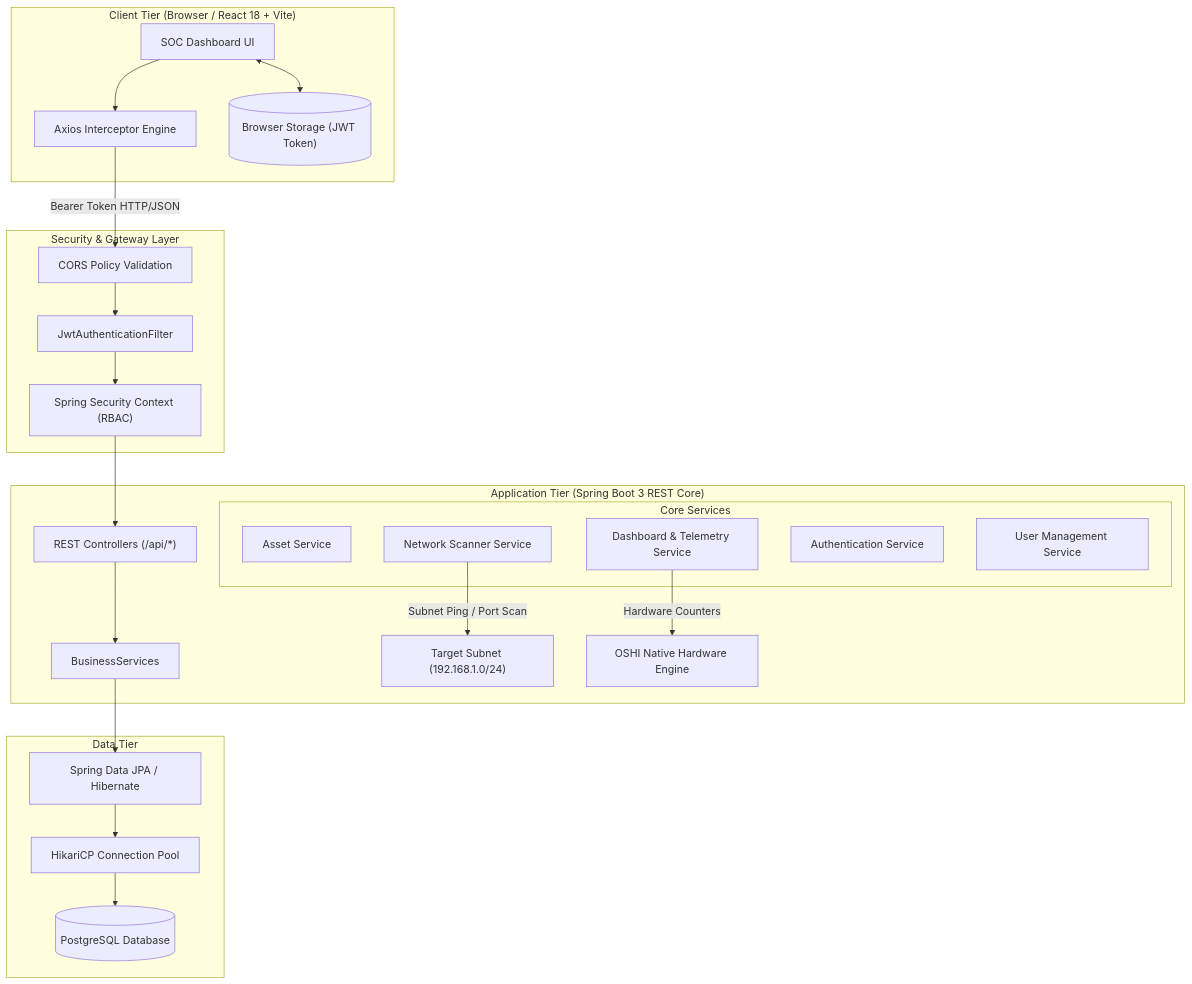
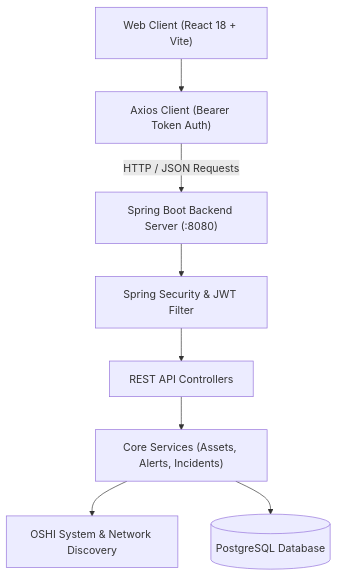
The diagram in README.md (praveenramnath1209/SentinelCore), drawn with Mermaid before and after one commit. The commit also changed other lines of this file, not shown here.

Commit message:
docs: Streamline README with single clean architecture flow and refined layout

````diff
--- a/README.md
+++ b/README.md
@@ -31,46 +32,19 @@
 ```mermaid
-graph TB
-    subgraph Client Tier ["Client Tier (Browser / React 18 + Vite)"]
-        UI["SOC Dashboard UI"]
-        Interceptors["Axios Interceptor Engine"]
-        Storage[("Browser Storage (JWT Token)")]
-        UI <--> Storage
-        UI --> Interceptors
-    end
+graph TD
+    UI["Web Client (React 18 + Vite)"]
+    APIClient["Axios Client (Bearer Token Auth)"]
+    Server["Spring Boot Backend Server (:8080)"]
+    Security["Spring Security & JWT Filter"]
+    Controllers["REST API Controllers"]
+    Services["Core Services (Assets, Alerts, Incidents)"]
+    OSHI["OSHI System & Network Discovery"]
+    DB[("PostgreSQL Database")]
 
-    subgraph Security & Gateway Tier ["Security & Gateway Layer"]
-        CORS["CORS Policy Validation"]
-        JWTFilter["JwtAuthenticationFilter"]
-        SecContext["Spring Security Context (RBAC)"]
-        Interceptors -->|Bearer Token HTTP/JSON| CORS
-        CORS --> JWTFilter
-        JWTFilter --> SecContext
-    end
-
-    subgraph Application Tier ["Application Tier (Spring Boot 3 REST Core)"]
-        Controllers["REST Controllers (/api/*)"]
-        SecContext --> Controllers
-        
-        subgraph Business Services ["Core Services"]
-            AssetSvc["Asset Service"]
-            ScanSvc["Network Scanner Service"]
-            DashSvc["Dashboard & Telemetry Service"]
-            AuthSvc["Authentication Service"]
-            UserSvc["User Management Service"]
-        end
-
-        Controllers --> BusinessServices
-        ScanSvc -->|Subnet Ping / Port Scan| LocalNetwork["Target Subnet (192.168.1.0/24)"]
-        DashSvc -->|Hardware Counters| OSHI["OSHI Native Hardware Engine"]
-    end
-
-    subgraph Persistence Tier ["Data Tier"]
-        JPA["Spring Data JPA / Hibernate"]
-        Hikari["HikariCP Connection Pool"]
-        Postgres[("PostgreSQL Database")]
-        
-        BusinessServices --> JPA
-        JPA --> Hikari
-        Hikari --> Postgres
-    end
+    UI --> APIClient
+    APIClient -->|HTTP / JSON Requests| Server
+    Server --> Security
+    Security --> Controllers
+    Controllers --> Services
+    Services --> OSHI
+    Services --> DB
 ```
````
